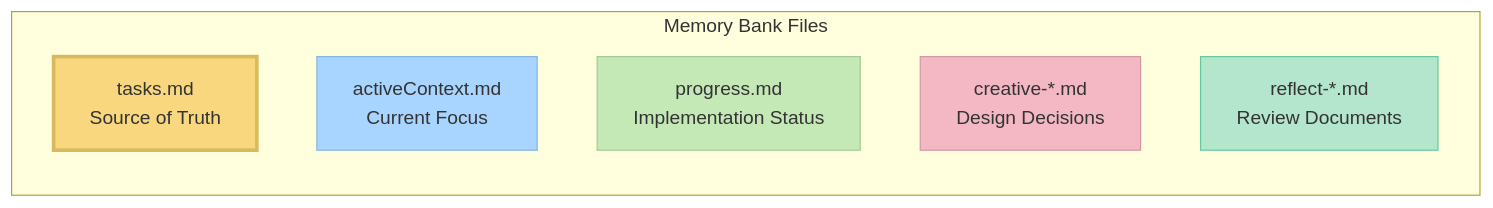
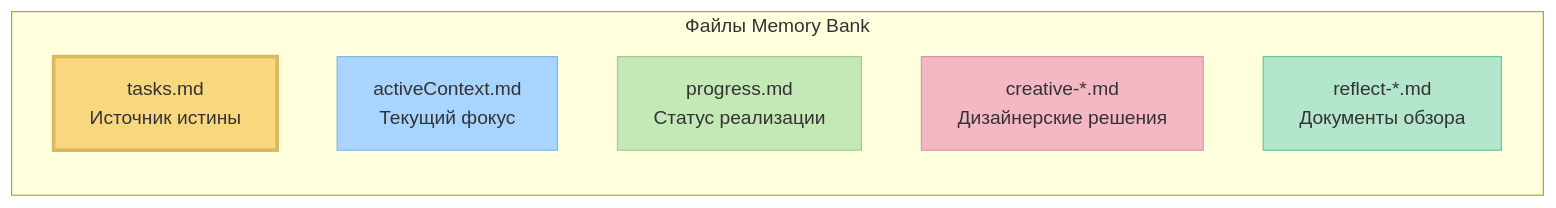
Before and after one commit to ms-moar/cursor-tools: the diagram in README.md, drawn with Mermaid. The commit also changed other lines of this file and 41 other files, not shown here.

````diff
--- a/README.md
+++ b/README.md
@@ -197,16 +85,16 @@
 ```mermaid
 graph LR
-    subgraph "Memory Bank Files"
-        Tasks["tasks.md<br>Source of Truth"]
-        Active["activeContext.md<br>Current Focus"]
-        Progress["progress.md<br>Implementation Status"]
-        Creative["creative-*.md<br>Design Decisions"]
-        Reflect["reflect-*.md<br>Review Documents"]
+    subgraph "Файлы Memory Bank"
+        Tasks["tasks.md<br>Источник истины"]
+        Active["activeContext.md<br>Текущий фокус"]
+        Progress["progress.md<br>Статус реализации"]
+        Creative["creative-*.md<br>Дизайнерские решения"]
+        Reflect["reflect-*.md<br>Документы обзора"]
     end
     
     style Tasks fill:#f9d77e,stroke:#d9b95c,stroke-width:3px
     style Active fill:#a8d5ff,stroke:#88b5e0
     style Progress fill:#c5e8b7,stroke:#a5c897
     style Creative fill:#f4b8c4,stroke:#d498a4
     style Reflect fill:#b3e6cc,stroke:#66c999
 ```
````
